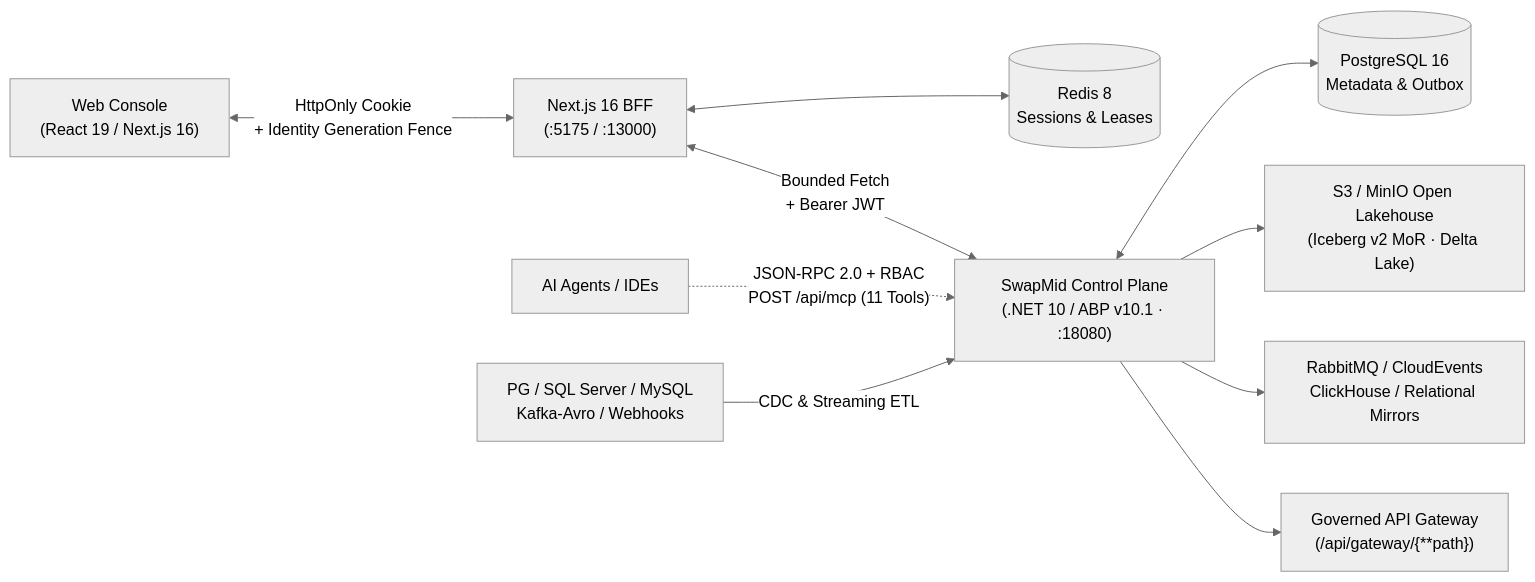
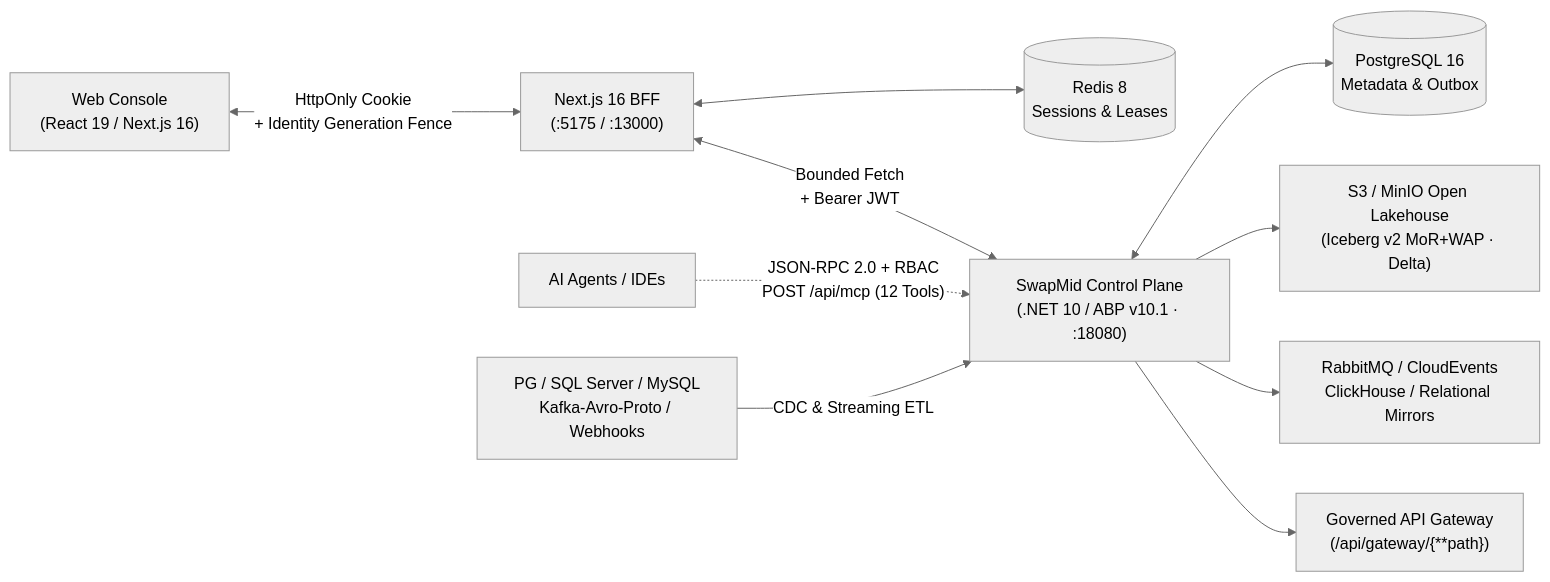
The diagram in README.md (q871958549/SwapMid), drawn with Mermaid (neutral theme) before and after one commit. The commit also changed other lines of this file and 51 other files, not shown here.

Commit message:
feat(lakehouse,cdc,gitops): ship v2.7.0 Iceberg v2 WAP tags & expireSnapshots GC, Protobuf Schema Registry, GitOps PR drift Action & MCP Tool 12

````diff
--- a/README.md
+++ b/README.md
@@ -31,12 +31,12 @@
 ```mermaid
 flowchart LR
   Browser["Web Console\n(React 19 / Next.js 16)"] <-->|"HttpOnly Cookie\n+ Identity Generation Fence"| BFF["Next.js 16 BFF\n(:5175 / :13000)"]
   BFF <--> Redis[("Redis 8\nSessions & Leases")]
   BFF <-->|"Bounded Fetch\n+ Bearer JWT"| Core["SwapMid Control Plane\n(.NET 10 / ABP v10.1 · :18080)"]
-  AI["AI Agents / IDEs"] -.->|"JSON-RPC 2.0 + RBAC\nPOST /api/mcp (11 Tools)"| Core
+  AI["AI Agents / IDEs"] -.->|"JSON-RPC 2.0 + RBAC\nPOST /api/mcp (12 Tools)"| Core
   Core <--> PG[("PostgreSQL 16\nMetadata & Outbox")]
-  Sources["PG / SQL Server / MySQL\nKafka-Avro / Webhooks"] -->|"CDC & Streaming ETL"| Core
-  Core --> Lake["S3 / MinIO Open Lakehouse\n(Iceberg v2 MoR · Delta Lake)"]
+  Sources["PG / SQL Server / MySQL\nKafka-Avro-Proto / Webhooks"] -->|"CDC & Streaming ETL"| Core
+  Core --> Lake["S3 / MinIO Open Lakehouse\n(Iceberg v2 MoR+WAP · Delta)"]
   Core --> Bus["RabbitMQ / CloudEvents\nClickHouse / Relational Mirrors"]
   Core --> Upstreams["Governed API Gateway\n(/api/gateway/{**path})"]
 ```
````
